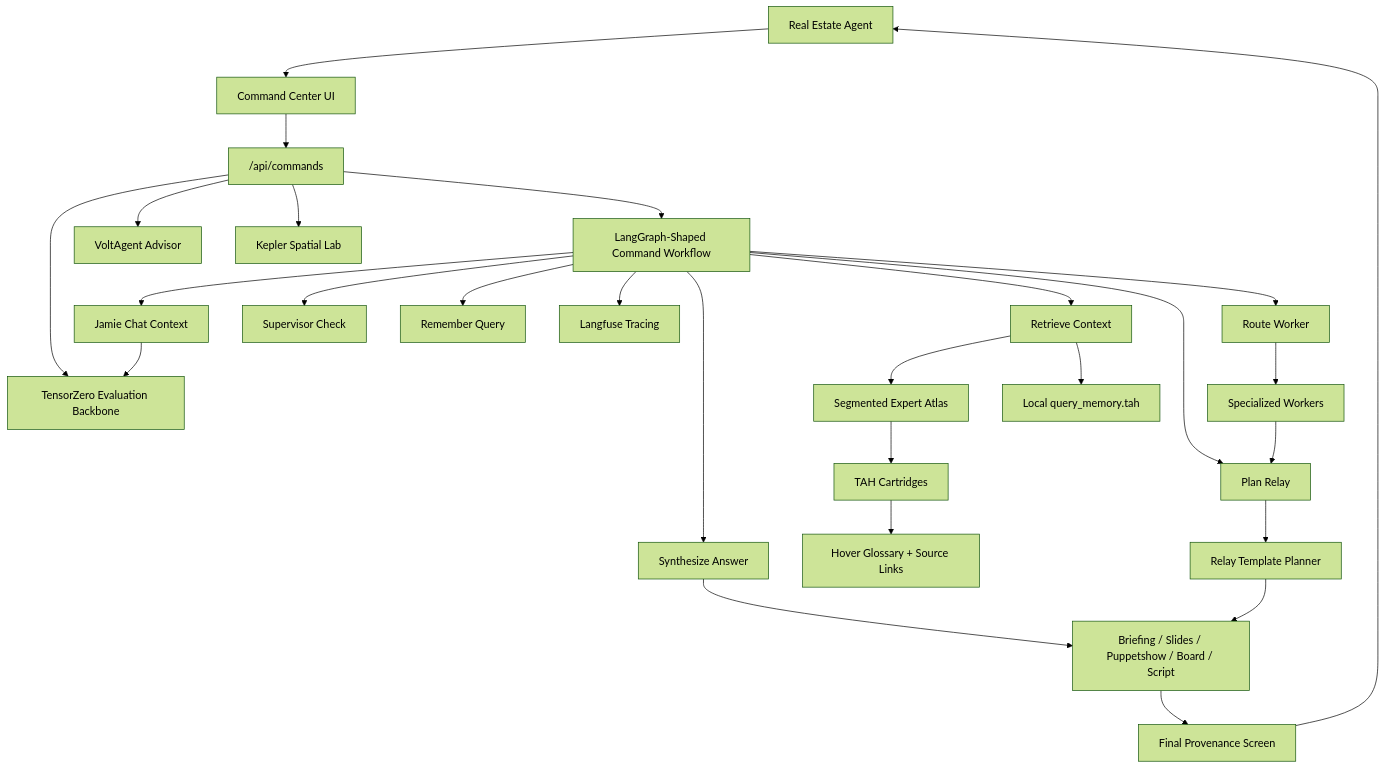
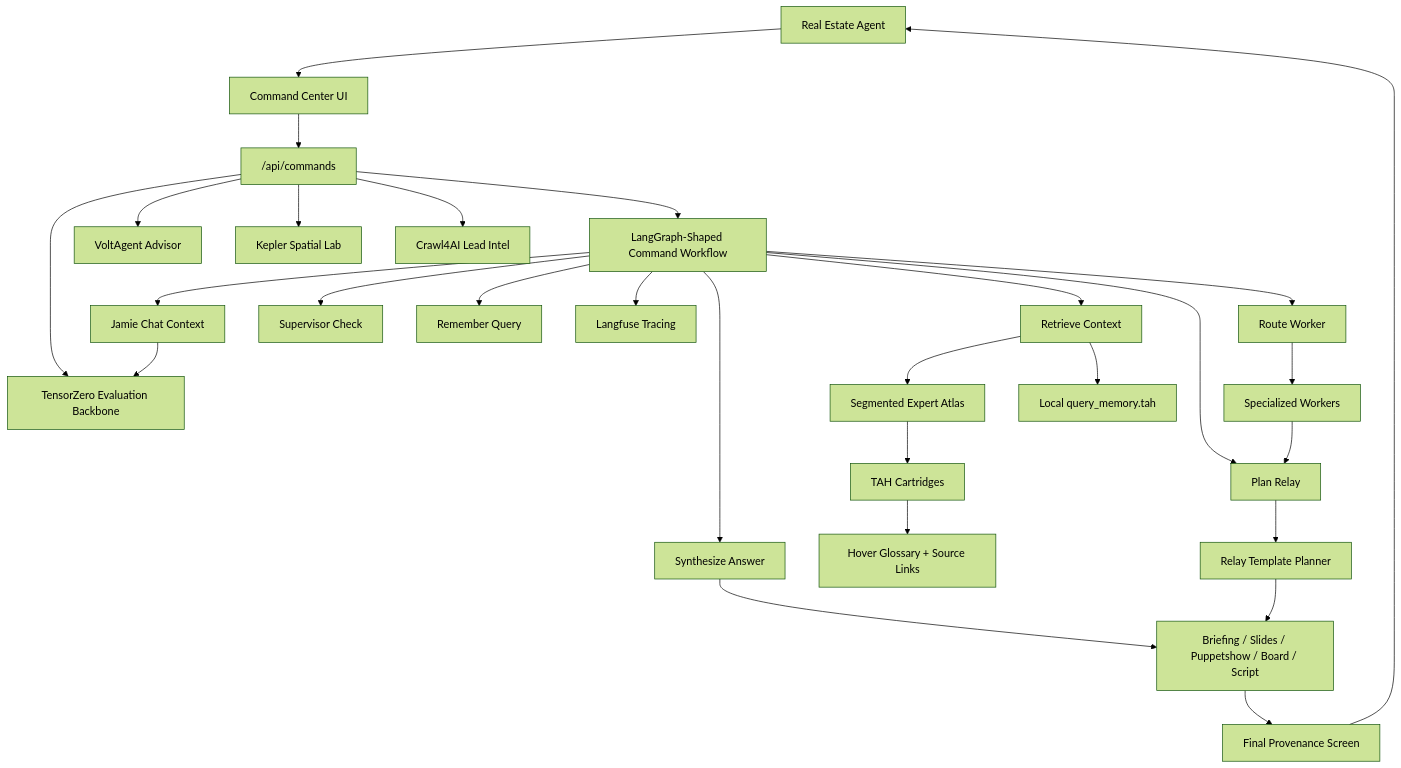
Before and after one commit to tahsrz/sunset-pulse: the diagram in README.md, drawn with Mermaid (forest theme). The commit also changed other lines of this file and 11 other files, not shown here.

Commit message:
Add Crawl4AI lead intelligence crawler

````diff
--- a/README.md
+++ b/README.md
@@ -84,29 +89,30 @@
 ```mermaid
 flowchart TD
   Agent["Real Estate Agent"] --> UI["Command Center UI"]
   UI --> API["/api/commands"]
   API --> Graph["LangGraph-Shaped Command Workflow"]
   Graph --> Route["Route Worker"]
   Graph --> Retrieve["Retrieve Context"]
   Graph --> Plan["Plan Relay"]
   Graph --> Synthesize["Synthesize Answer"]
   Graph --> Supervise["Supervisor Check"]
   Graph --> Remember["Remember Query"]
   Graph --> Observe["Langfuse Tracing"]
   API --> TZero["TensorZero Evaluation Backbone"]
   API --> Volt["VoltAgent Advisor"]
   API --> Kepler["Kepler Spatial Lab"]
   Route --> Workers["Specialized Workers"]
   Retrieve --> Atlas["Segmented Expert Atlas"]
   Retrieve --> Memory["Local query_memory.tah"]
   Graph --> Jamie["Jamie Chat Context"]
   Jamie --> TZero
+  API --> Crawl4AI["Crawl4AI Lead Intel"]
   Atlas --> TAH["TAH Cartridges"]
   TAH --> Glossary["Hover Glossary + Source Links"]
   Workers --> Plan
   Plan --> Relay["Relay Template Planner"]
   Synthesize --> Output["Briefing / Slides / Puppetshow / Board / Script"]
   Relay --> Output
   Output --> Final["Final Provenance Screen"]
   Final --> Agent
 ```
````
